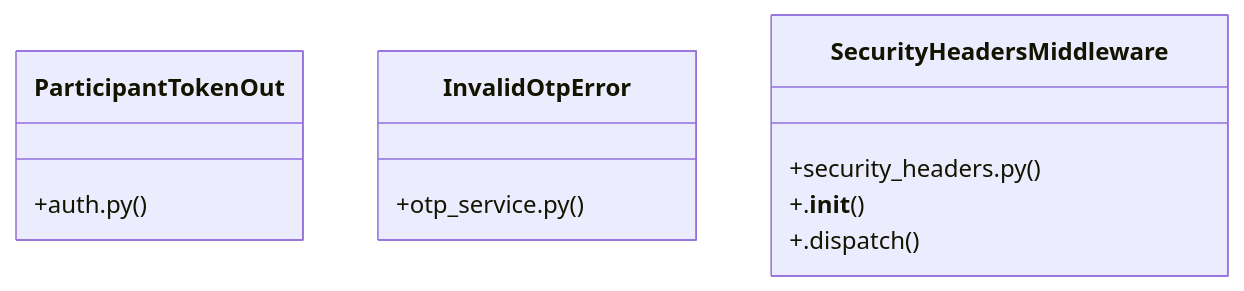
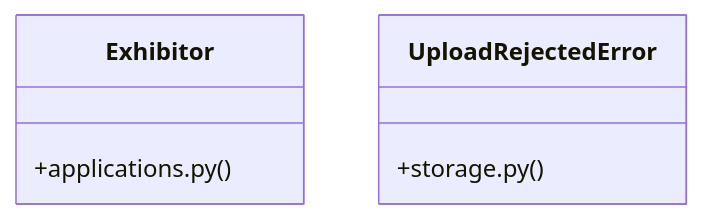
One commit to adjanayo/synca_conf_back changed the diagram in graphify-out/wiki/[FaqCategory_&_ContactMessage]_Cluster.md. Above: the diagram before and after it, drawn with Mermaid. The commit also changed other lines of this file and 79 other files, not shown here.

````diff
--- a/graphify-out/wiki/[FaqCategory_&_ContactMessage]_Cluster.md
+++ b/graphify-out/wiki/[FaqCategory_&_ContactMessage]_Cluster.md
@@ -36,14 +36,9 @@
 ```mermaid
 classDiagram
-    class ParticipantTokenOut {
-        +auth.py()
+    class Exhibitor {
+        +applications.py()
     }
-    class InvalidOtpError {
-        +otp_service.py()
-    }
-    class SecurityHeadersMiddleware {
-        +security_headers.py()
-        +.__init__()
-        +.dispatch()
+    class UploadRejectedError {
+        +storage.py()
     }
 ```
````
